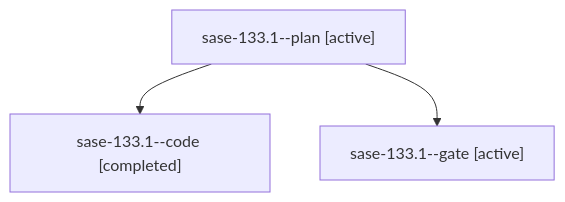
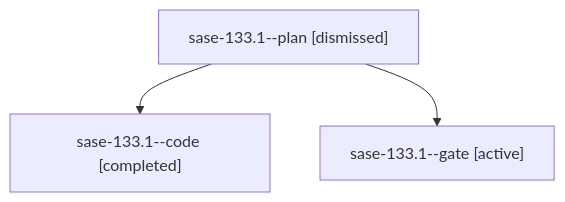
Before and after one commit to sase-org/sase--agents: the diagram in sessions/bbugyi200.athena.sase-133.1.md, drawn with Mermaid. The commit also changed other lines of this file and 219 other files, not shown here.

````diff
--- a/sessions/bbugyi200.athena.sase-133.1.md
+++ b/sessions/bbugyi200.athena.sase-133.1.md
@@ -9,8 +9,8 @@
 ```mermaid
 flowchart TD
-  n0["sase-133.1--plan [active]"]
+  n0["sase-133.1--plan [dismissed]"]
   n1["sase-133.1--code [completed]"]
   n0 --> n1
   n2["sase-133.1--gate [active]"]
   n0 --> n2
 ```
````
